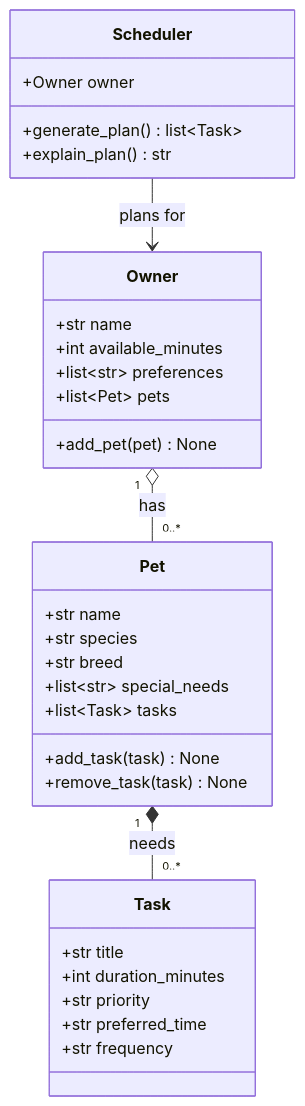
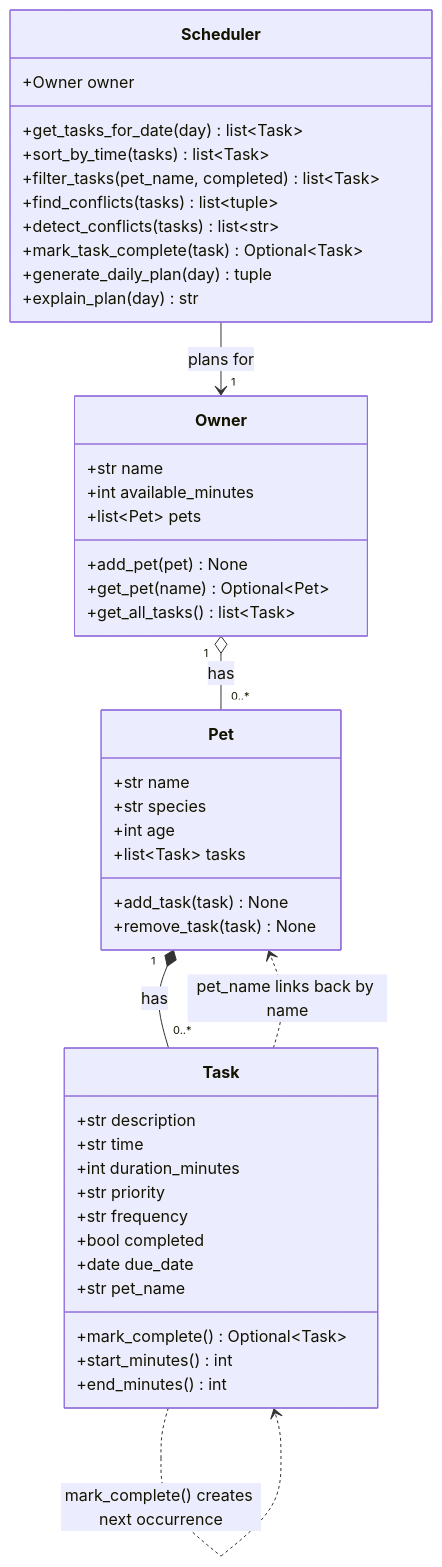
One commit to GraceCWilliams/ai110-module2show-pawpal-starter changed the diagram in diagrams/uml.mmd. Above: the diagram before and after it, drawn with Mermaid. The commit also changed 6 other files, not shown here.

First line of the commit message:
feat: polish UI, finalize UML, and complete docs and reflection

```diff
--- a/diagrams/uml.mmd
+++ b/diagrams/uml.mmd
@@ -1,39 +1,52 @@
 classDiagram
-    %% Initial design draft, made before implementation (see reflection.md section 1a).
-    %% The final design that matches pawpal_system.py is in uml_final.mmd.
+    %% Final design, matching pawpal_system.py. The initial draft is in uml_draft.mmd.
 
     class Owner {
         +str name
         +int available_minutes
-        +list~str~ preferences
         +list~Pet~ pets
         +add_pet(pet) None
+        +get_pet(name) Optional~Pet~
+        +get_all_tasks() list~Task~
     }
 
     class Pet {
         +str name
         +str species
-        +str breed
-        +list~str~ special_needs
+        +int age
         +list~Task~ tasks
         +add_task(task) None
         +remove_task(task) None
     }
 
     class Task {
-        +str title
+        +str description
+        +str time
         +int duration_minutes
         +str priority
-        +str preferred_time
         +str frequency
+        +bool completed
+        +date due_date
+        +str pet_name
+        +mark_complete() Optional~Task~
+        +start_minutes() int
+        +end_minutes() int
     }
 
     class Scheduler {
         +Owner owner
-        +generate_plan() list~Task~
-        +explain_plan() str
+        +get_tasks_for_date(day) list~Task~
+        +sort_by_time(tasks) list~Task~
+        +filter_tasks(pet_name, completed) list~Task~
+        +find_conflicts(tasks) list~tuple~
+        +detect_conflicts(tasks) list~str~
+        +mark_task_complete(task) Optional~Task~
+        +generate_daily_plan(day) tuple
+        +explain_plan(day) str
     }
 
     Owner "1" o-- "0..*" Pet : has
-    Pet "1" *-- "0..*" Task : needs
-    Scheduler --> Owner : plans for
+    Pet "1" *-- "0..*" Task : has
+    Scheduler --> "1" Owner : plans for
+    Task ..> Pet : pet_name links back by name
+    Task ..> Task : mark_complete() creates next occurrence
```
